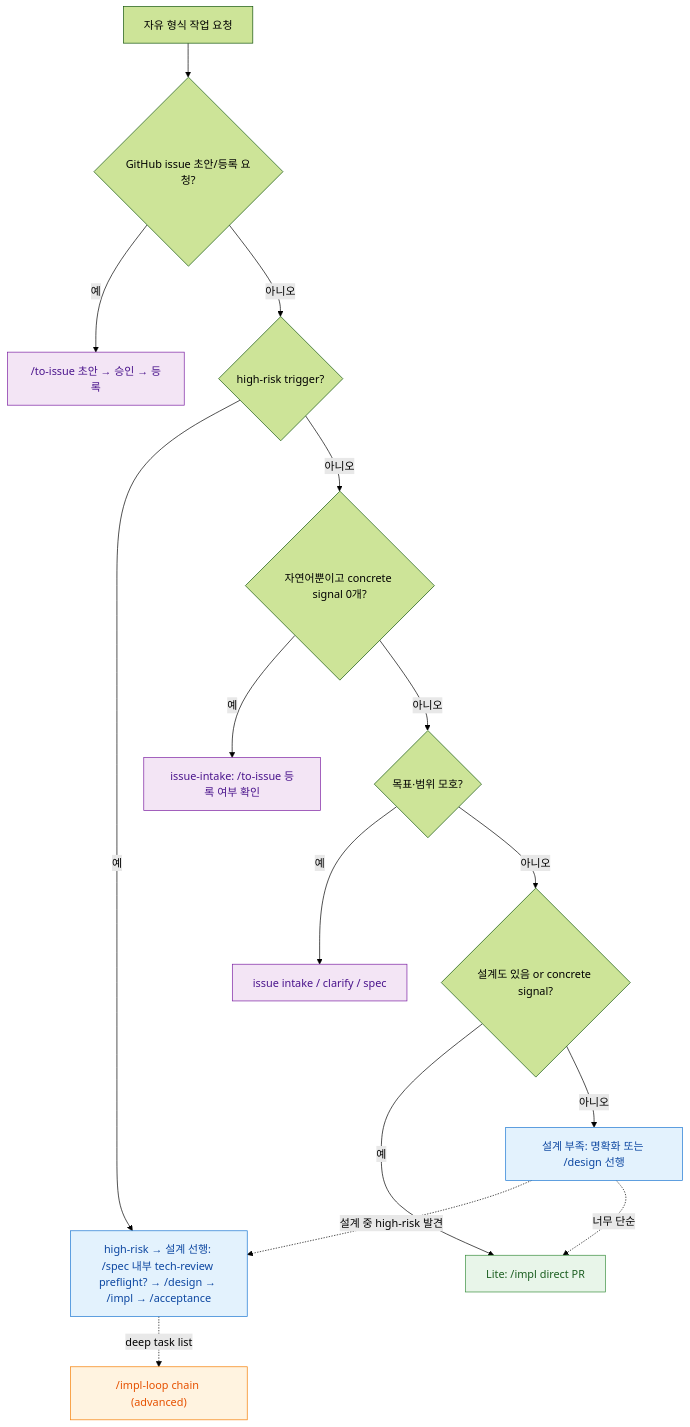
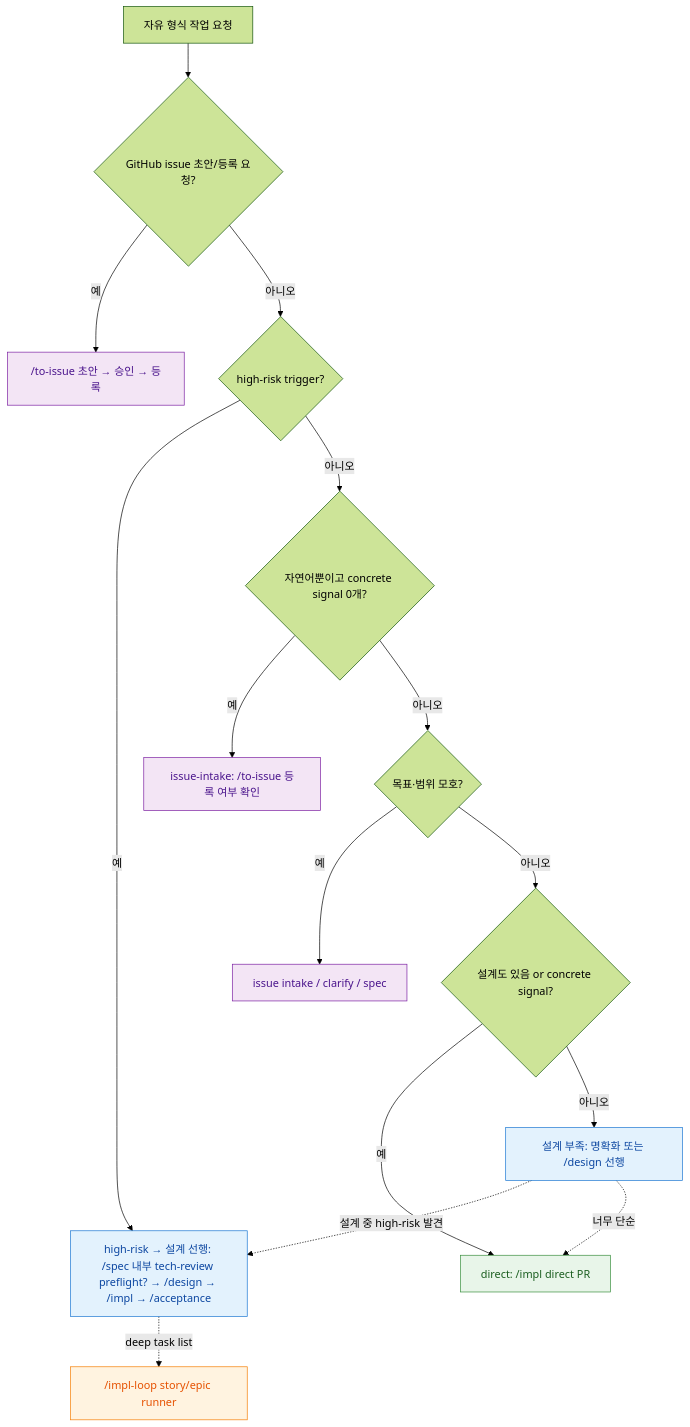
One commit to Daeguk-Sun/dcNess changed the diagram in docs/plugin/workflow-router.md. Above: the diagram before and after it, drawn with Mermaid (forest theme). The commit also changed other lines of this file and 15 other files, not shown here.

````diff
--- a/docs/plugin/workflow-router.md
+++ b/docs/plugin/workflow-router.md
@@ -46,29 +46,29 @@
 ```mermaid
 flowchart TB
   REQ["자유 형식 작업 요청"] --> MAKE{"GitHub issue 초안/등록 요청?"}
   MAKE -->|예| TI["/to-issue 초안 → 승인 → 등록"]
   MAKE -->|아니오| HR{"high-risk trigger?"}
   HR -->|예| DP["high-risk → 설계 선행: /spec 내부 tech-review preflight? → /design → /impl → /acceptance"]
   HR -->|아니오| NL{"자연어뿐이고 concrete signal 0개?"}
   NL -->|예| II["issue-intake: /to-issue 등록 여부 확인"]
   NL -->|아니오| AM{"목표·범위 모호?"}
   AM -->|예| CL["issue intake / clarify / spec"]
   AM -->|아니오| CS{"설계도 있음 or concrete signal?"}
-  CS -->|예| LT["Lite: /impl direct PR"]
+  CS -->|예| LT["direct: /impl direct PR"]
   CS -->|아니오| ST["설계 부족: 명확화 또는 /design 선행"]
   ST -.->|설계 중 high-risk 발견| DP
   ST -.->|너무 단순| LT
-  DP -.->|deep task list| SHAPE["/impl-loop chain (advanced)"]
+  DP -.->|deep task list| SHAPE["/impl-loop story/epic runner"]
 
   classDef gate fill:#e3f2fd,stroke:#1976d2,color:#0d47a1
   classDef shape fill:#fff3e0,stroke:#f57c00,color:#e65100
   classDef clar fill:#f3e5f5,stroke:#7b1fa2,color:#4a148c
   classDef direct fill:#e8f5e9,stroke:#388e3c,color:#1b5e20
   class DP gate
   class SHAPE shape
   class CL clar
   class II clar
   class TI clar
   class LT direct
   class ST gate
 ```
````
